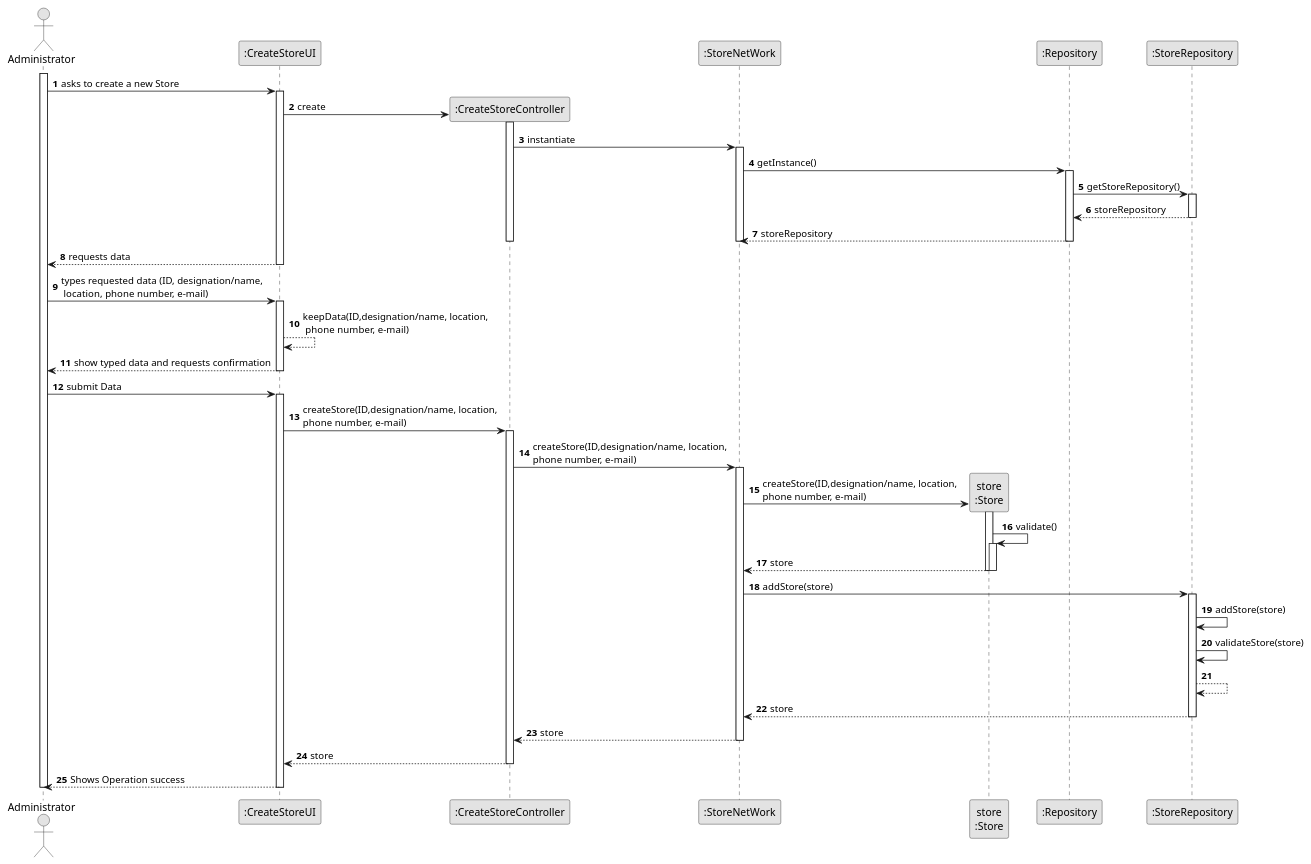
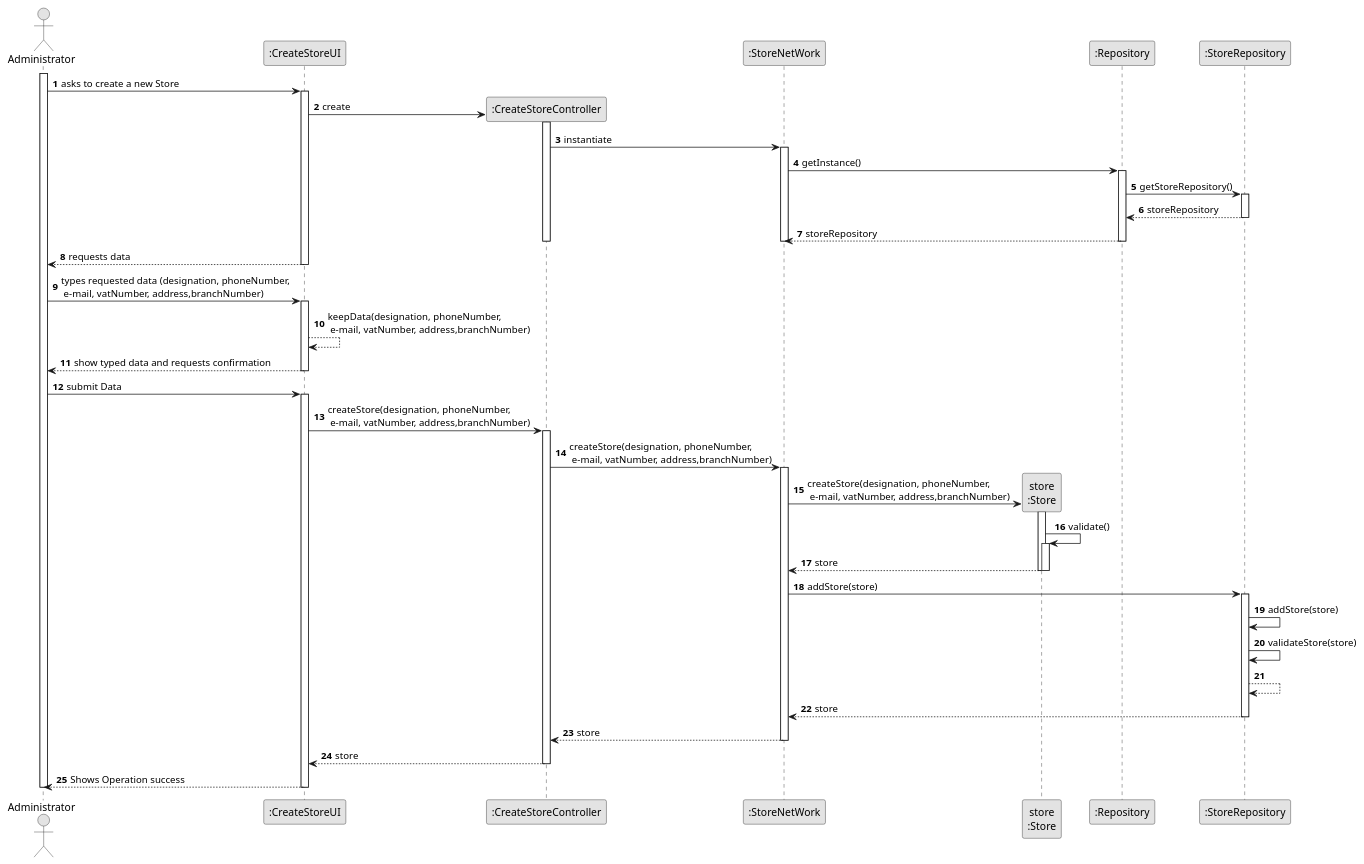
One commit to hugosilva2901/lei-22-s2-1DO-g68 changed the diagram in lei-22-s2-1do-g68/docs/SprintB/us005/03.design/puml/us005-sequence-diagram-full.puml. Above: the diagram before and after it, drawn with PlantUML. The commit also changed 14 other files, not shown here.

Commit message:
US005 - small fixes on Sequence Diagram

```diff
--- a/lei-22-s2-1do-g68/docs/SprintB/us005/03.design/puml/us005-sequence-diagram-full.puml
+++ b/lei-22-s2-1do-g68/docs/SprintB/us005/03.design/puml/us005-sequence-diagram-full.puml
@@ -1,75 +1,75 @@
 @startuml
 skinparam monochrome true
 skinparam packageStyle rectangle
 skinparam shadowing false
 
 autonumber
 
 'hide footbox
 actor "Administrator" as ADM
 participant ":CreateStoreUI" as UI
 participant ":CreateStoreController" as CTRL
 participant ":StoreNetWork" as SN
 participant "store\n:Store" as S
 participant ":Repository" as repository
 participant ":StoreRepository" as storeRepo
 
 activate ADM
 
         ADM -> UI : asks to create a new Store
 
         activate UI
             UI -> CTRL** : create
             activate CTRL
             CTRL -> SN : instantiate
                 activate SN
                 SN -> repository : getInstance()
                     activate repository
                     repository -> storeRepo : getStoreRepository()
                         activate storeRepo
                         storeRepo --> repository : storeRepository
                         deactivate storeRepo
                         repository -->SN : storeRepository
                         deactivate repository
                 deactivate SN
             deactivate CTRL
         UI --> ADM : requests data
         deactivate UI
 
-        ADM ->UI : types requested data (ID, designation/name, \n location, phone number, e-mail)
+        ADM ->UI : types requested data (designation, phoneNumber, \n e-mail, vatNumber, address,branchNumber)
         activate UI
-        UI --> UI :  keepData(ID,designation/name, location,\n phone number, e-mail)
+        UI --> UI :  keepData(designation, phoneNumber, \n e-mail, vatNumber, address,branchNumber)
         UI--> ADM :show typed data and requests confirmation
         deactivate UI
 
         ADM -> UI: submit Data
         activate UI
-        UI -> CTRL : createStore(ID,designation/name, location,\nphone number, e-mail)
+        UI -> CTRL : createStore(designation, phoneNumber, \n e-mail, vatNumber, address,branchNumber)
         activate CTRL
-            CTRL -> SN : createStore(ID,designation/name, location,\nphone number, e-mail)
+            CTRL -> SN : createStore(designation, phoneNumber, \n e-mail, vatNumber, address,branchNumber)
             activate SN
-            SN -> S** :createStore(ID,designation/name, location,\nphone number, e-mail)
+            SN -> S** :createStore(designation, phoneNumber, \n e-mail, vatNumber, address,branchNumber)
                 activate S
                     S->S : validate()
                     activate S
                     S-->SN : store
                     deactivate S
                 deactivate S
         SN -> storeRepo : addStore(store)
        activate storeRepo
        storeRepo -> storeRepo : addStore(store)
        storeRepo -> storeRepo : validateStore(store)
        storeRepo --> storeRepo
        storeRepo --> SN : store
        deactivate storeRepo
 
 
 
         SN --> CTRL : store
         deactivate SN
         CTRL --> UI : store
         deactivate CTRL
         UI -->ADM :Shows Operation success
         deactivate UI
         deactivate ADM
 @enduml
```
